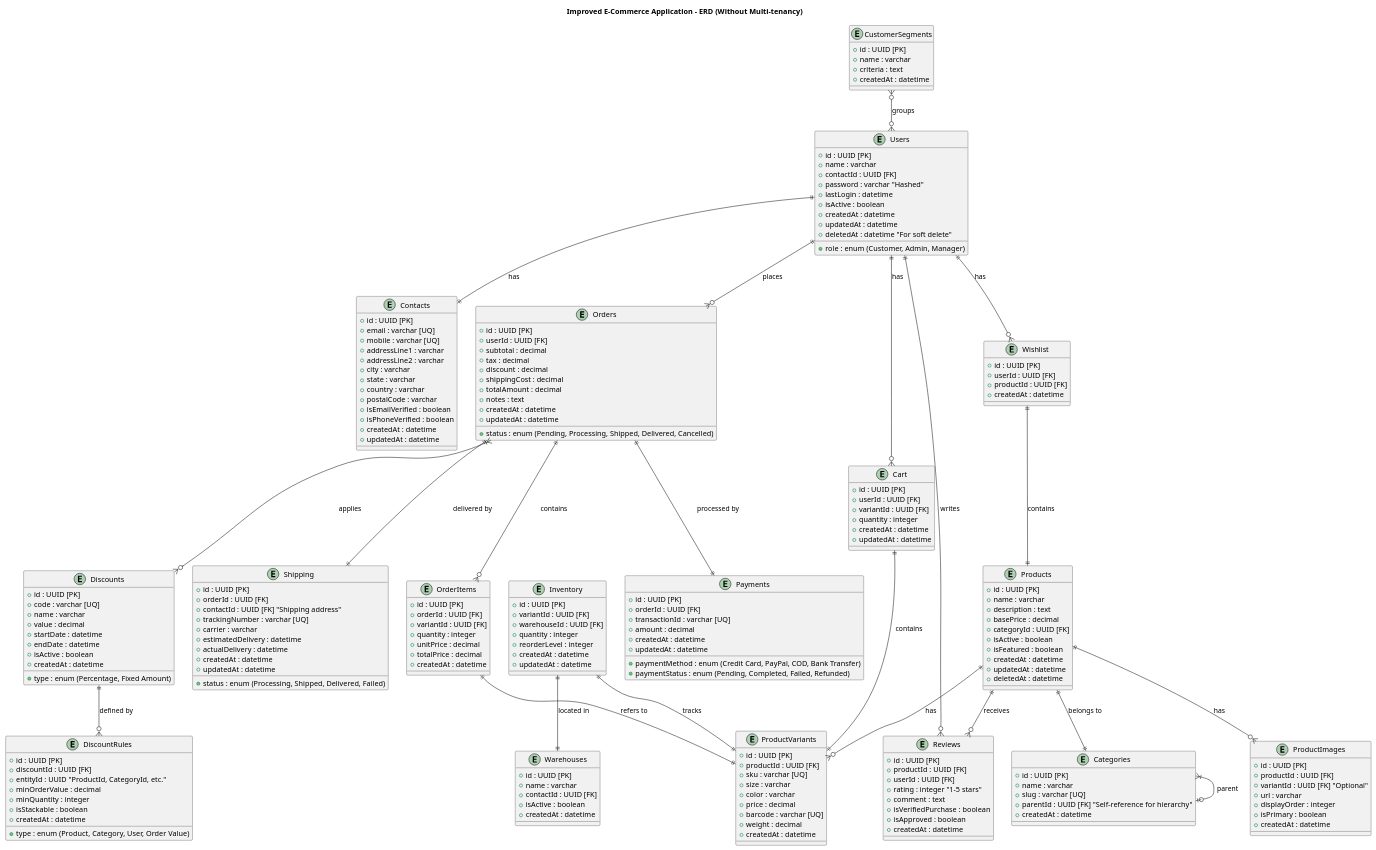
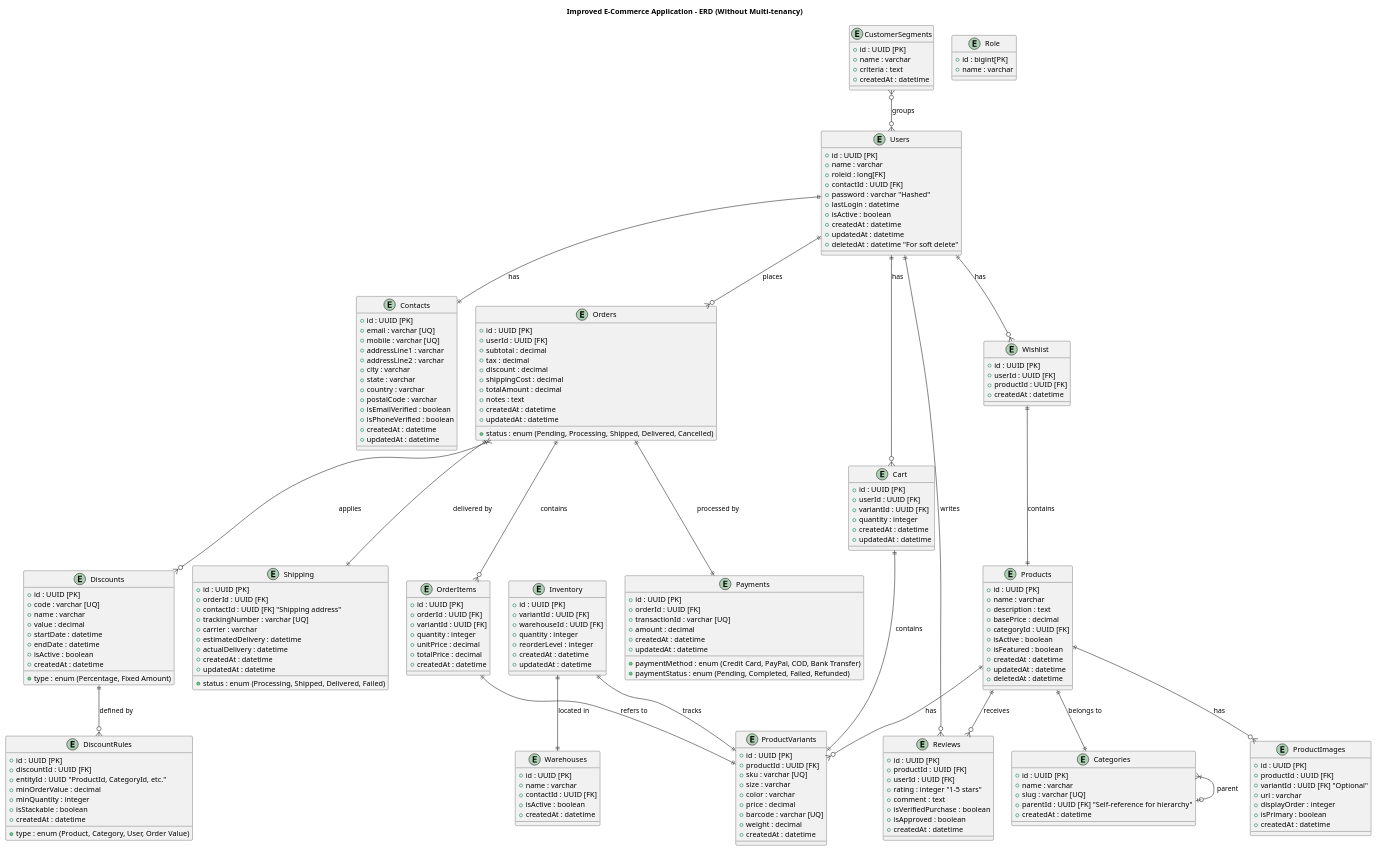
The diagram in BACK-END/Design/ERD.md (567892143/E-Commerce), drawn with PlantUML before and after one commit. The commit also changed 2 other files, not shown here.

Commit message:
commit for adding role table

```diff
--- a/BACK-END/Design/ERD.md
+++ b/BACK-END/Design/ERD.md
@@ -6,7 +6,7 @@
 entity Users {
   + id : UUID [PK]
   + name : varchar
-  + role : enum (Customer, Admin, Manager)
+  + roleid : long[FK]
   + contactId : UUID [FK]
   + password : varchar "Hashed"
   + lastLogin : datetime
@@ -14,6 +14,11 @@
   + createdAt : datetime
   + updatedAt : datetime
   + deletedAt : datetime "For soft delete"
+}
+
+entity Role{
+  + id : bigint[PK]
+  + name : varchar
 }
 
 entity Contacts {
```
